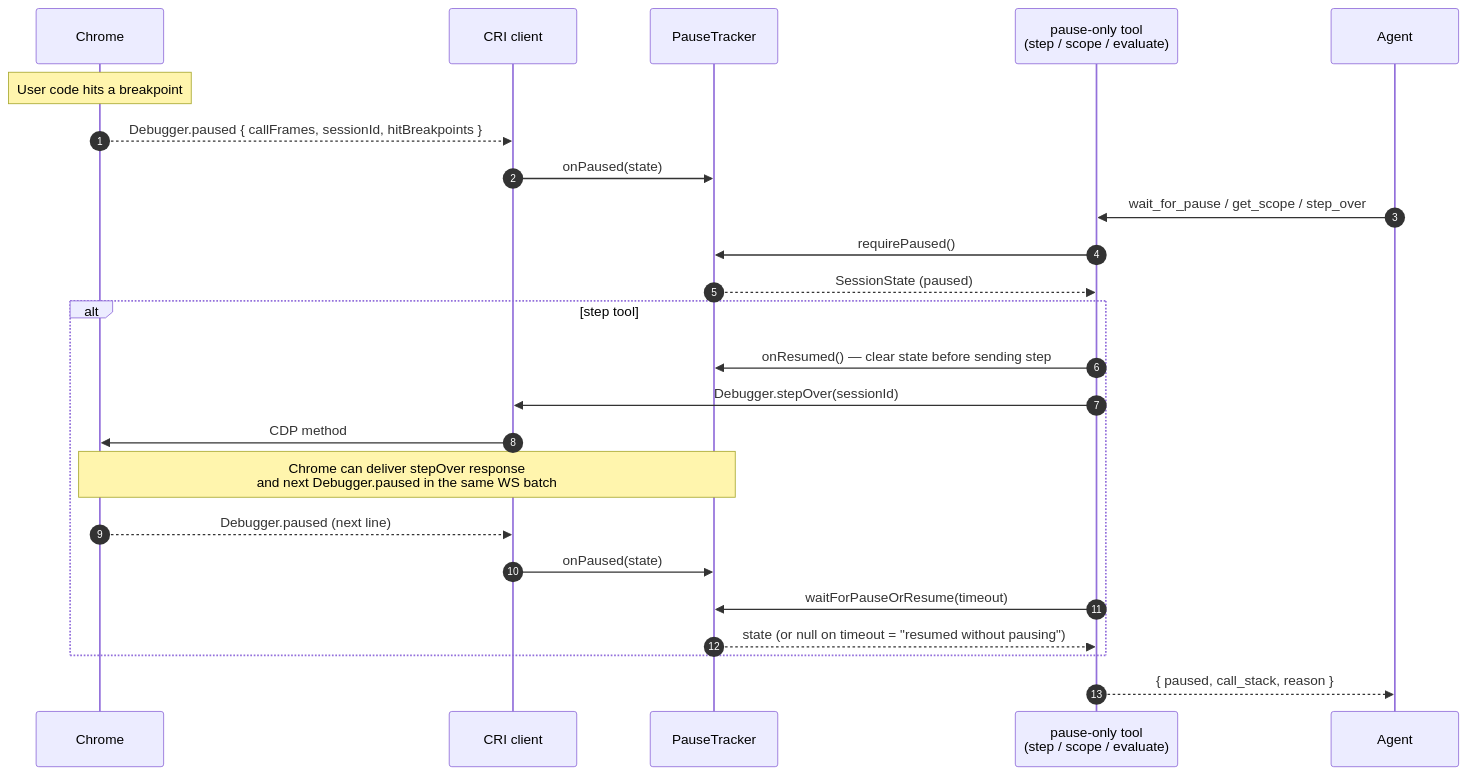
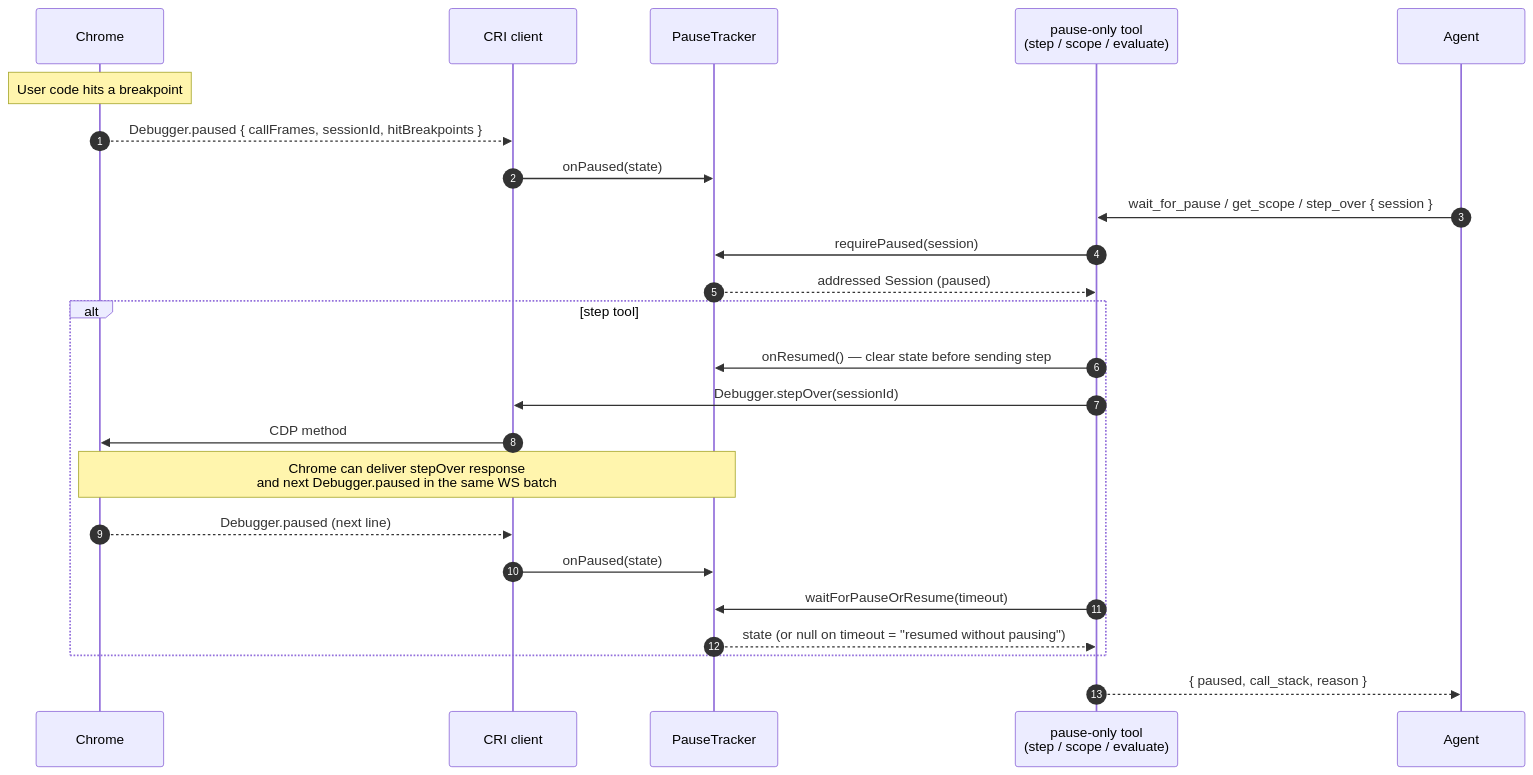
The fourth of 6 diagrams in docs/ARCHITECTURE.md (lcjanke2020/lynceus), drawn with Mermaid before and after one commit. The commit also changed other lines of this file and 20 other files, not shown here.

````diff
--- a/docs/ARCHITECTURE.md
+++ b/docs/ARCHITECTURE.md
@@ -118,27 +143,27 @@
 ```mermaid
 sequenceDiagram
     autonumber
     participant Ch as Chrome
     participant CRI as CRI client
     participant PT as PauseTracker
     participant T as pause-only tool<br/>(step / scope / evaluate)
     participant A as Agent
 
     Note over Ch: User code hits a breakpoint
     Ch-->>CRI: Debugger.paused { callFrames, sessionId, hitBreakpoints }
     CRI->>PT: onPaused(state)
-    A->>T: wait_for_pause / get_scope / step_over
-    T->>PT: requirePaused()
-    PT-->>T: SessionState (paused)
+    A->>T: wait_for_pause / get_scope / step_over { session }
+    T->>PT: requirePaused(session)
+    PT-->>T: addressed Session (paused)
     alt step tool
         T->>PT: onResumed() — clear state before sending step
         T->>CRI: Debugger.stepOver(sessionId)
         CRI->>Ch: CDP method
         Note over Ch,PT: Chrome can deliver stepOver response<br/>and next Debugger.paused in the same WS batch
         Ch-->>CRI: Debugger.paused (next line)
         CRI->>PT: onPaused(state)
         T->>PT: waitForPauseOrResume(timeout)
         PT-->>T: state (or null on timeout = "resumed without pausing")
     end
     T-->>A: { paused, call_stack, reason }
 ```
````
